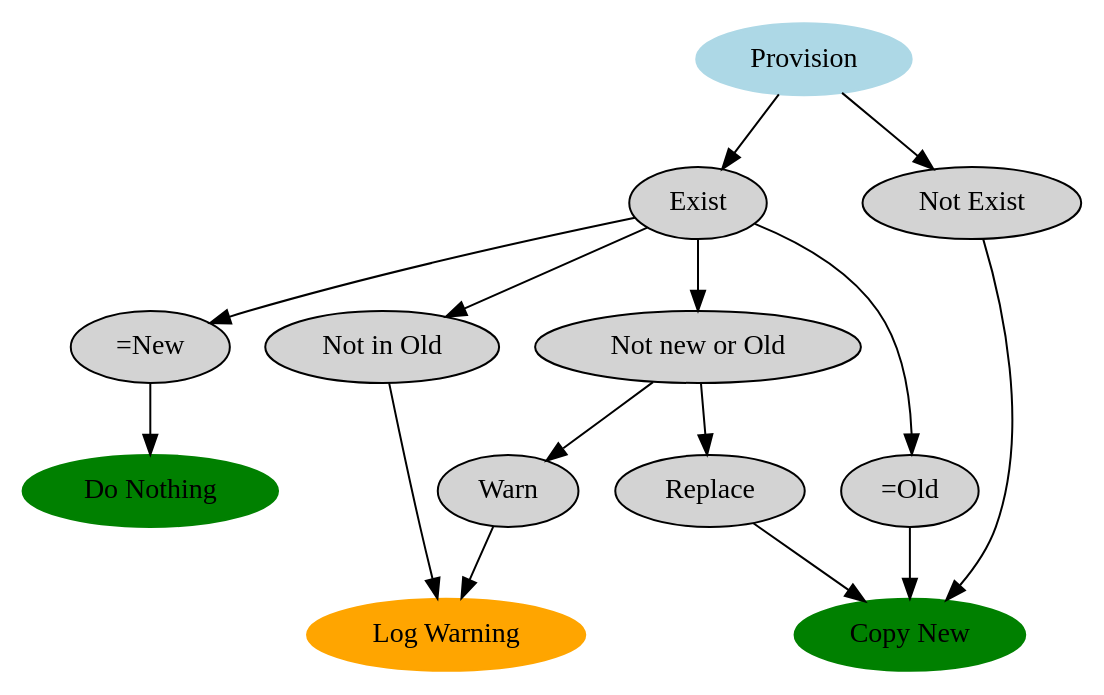
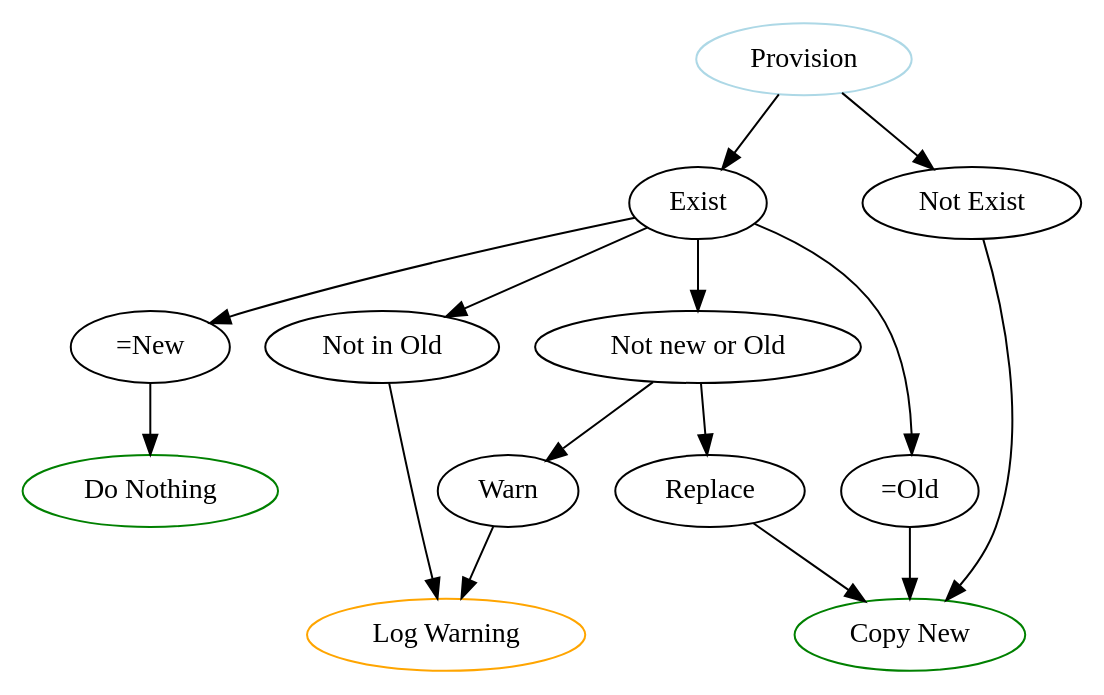
The diagram in docs/plan/activate-mutable-flowchart.dot (kieranknowles1/nixcfg), drawn with Graphviz before and after one commit. The commit also changed 5 other files, not shown here.

Commit message:
Remove generate-graphs util

```diff
--- a/docs/plan/activate-mutable-flowchart.dot
+++ b/docs/plan/activate-mutable-flowchart.dot
@@ -1,38 +1,36 @@
 # TODO: Decide on a tool to use for editing dot graphs
 strict digraph {
-    node [style=filled]
-
     # Start
     Provision [color=lightblue]
 
     Provision -> {
         "Exist"
         "Not Exist"
     }
 
     "Not Exist" -> "Copy New"
 
     Exist -> {
         "=Old"
         "=New"
         "Not in Old"
         "Not new or Old"
     }
 
     "=Old" -> "Copy New"
     "=New" -> "Do Nothing"
     "Not in Old" -> "Log Warning"
 
     "Not new or Old" -> {
         "Warn"
         "Replace"
     }
 
     "Warn" -> "Log Warning"
     "Replace" -> "Copy New"
 
     # End
     "Copy New" [color=green]
     "Do Nothing" [color=green]
     "Log Warning" [color=orange]
 }
```
